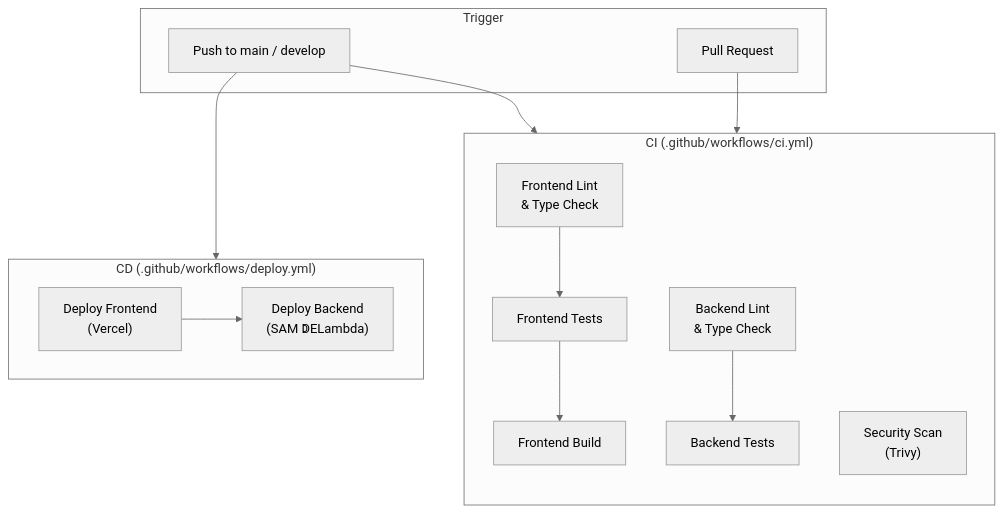
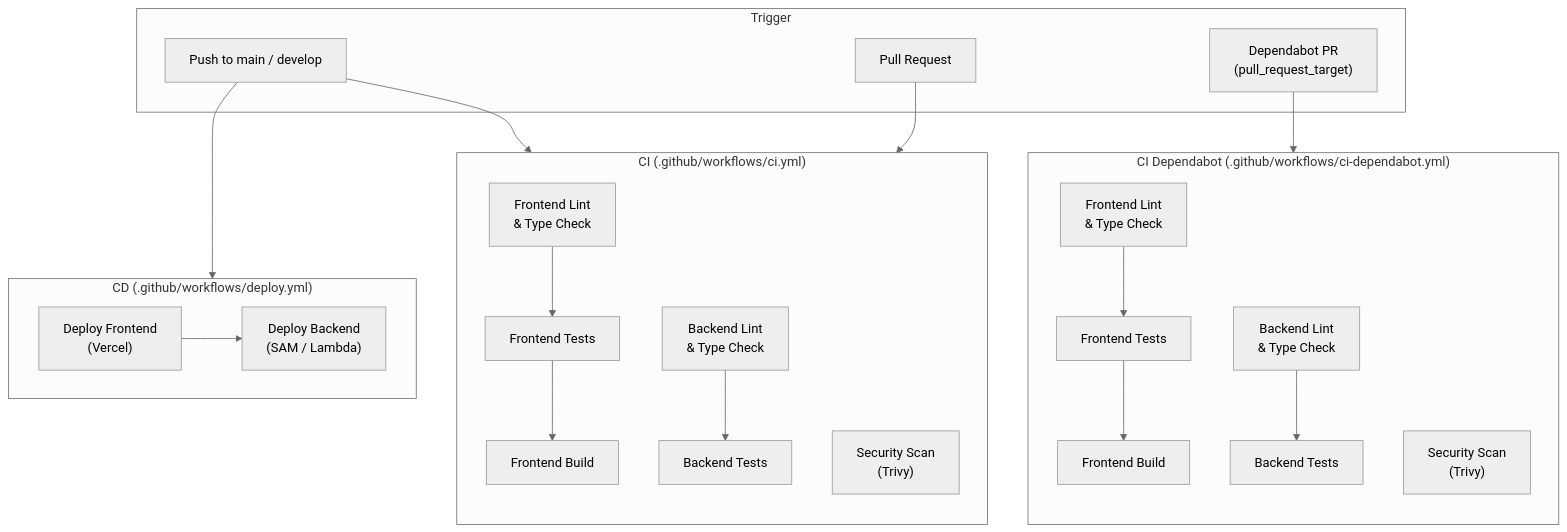
Before and after one commit to nyanham/morning-routine-productivity: the diagram in docs/07-Operations/02-CI-CD.md, drawn with Mermaid (neutral theme). The commit also changed other lines of this file and 2 other files, not shown here.

First line of the commit message:
fix(ci): use pull_request_target for Dependabot PRs to access secrets

````diff
--- a/docs/07-Operations/02-CI-CD.md
+++ b/docs/07-Operations/02-CI-CD.md
@@ -10,29 +10,44 @@
 ```mermaid
 flowchart TB
     subgraph Trigger["Trigger"]
         Push["Push to main / develop"]
         PR["Pull Request"]
+        DepPR["Dependabot PR\n(pull_request_target)"]
     end
 
     subgraph CI["CI  (.github/workflows/ci.yml)"]
         direction TB
         FL["Frontend Lint\n& Type Check"]
         FT["Frontend Tests"]
         FB["Frontend Build"]
         BL["Backend Lint\n& Type Check"]
         BT["Backend Tests"]
         SEC["Security Scan\n(Trivy)"]
 
         FL --> FT --> FB
         BL --> BT
     end
 
+    subgraph DepCI["CI Dependabot  (.github/workflows/ci-dependabot.yml)"]
+        direction TB
+        DFL["Frontend Lint\n& Type Check"]
+        DFT["Frontend Tests"]
+        DFB["Frontend Build"]
+        DBL["Backend Lint\n& Type Check"]
+        DBT["Backend Tests"]
+        DSEC["Security Scan\n(Trivy)"]
+
+        DFL --> DFT --> DFB
+        DBL --> DBT
+    end
+
     subgraph CD["CD  (.github/workflows/deploy.yml)"]
         DF["Deploy Frontend\n(Vercel)"]
-        DB["Deploy Backend\n(SAM ↁELambda)"]
+        DB["Deploy Backend\n(SAM / Lambda)"]
         DF --> DB
     end
 
     Push --> CI & CD
     PR --> CI
+    DepPR --> DepCI
 ```
````
